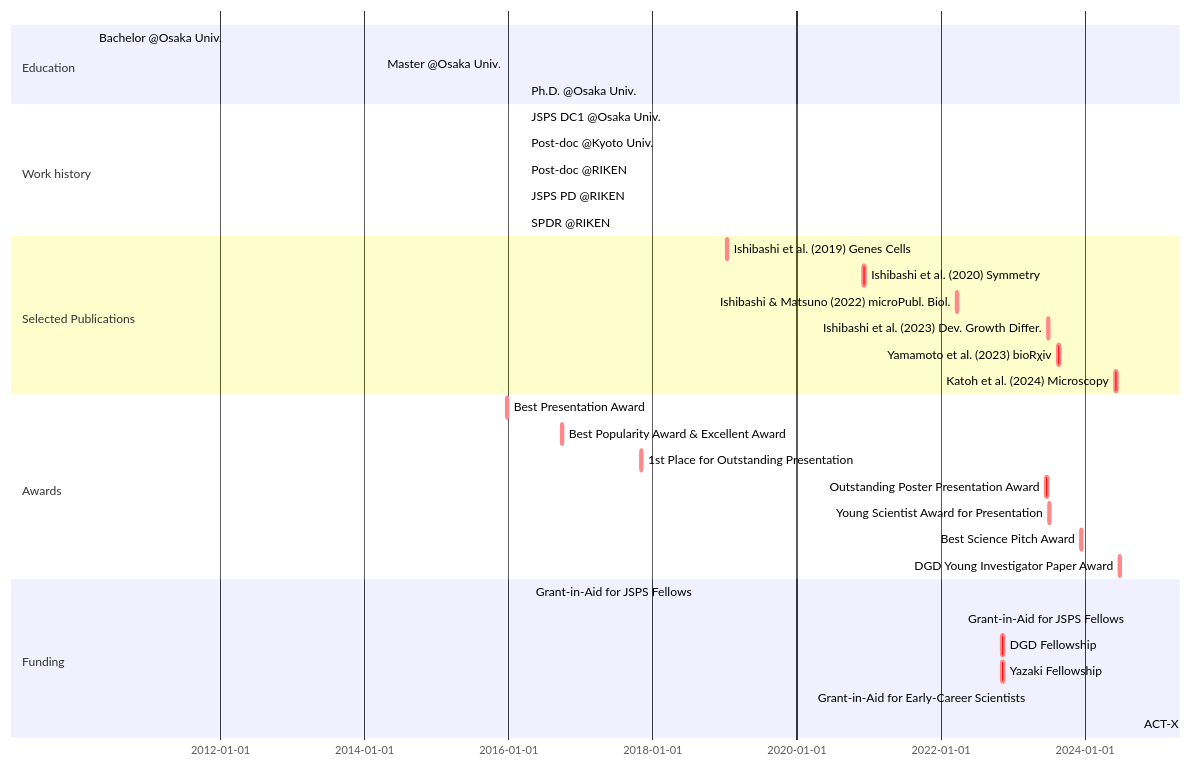
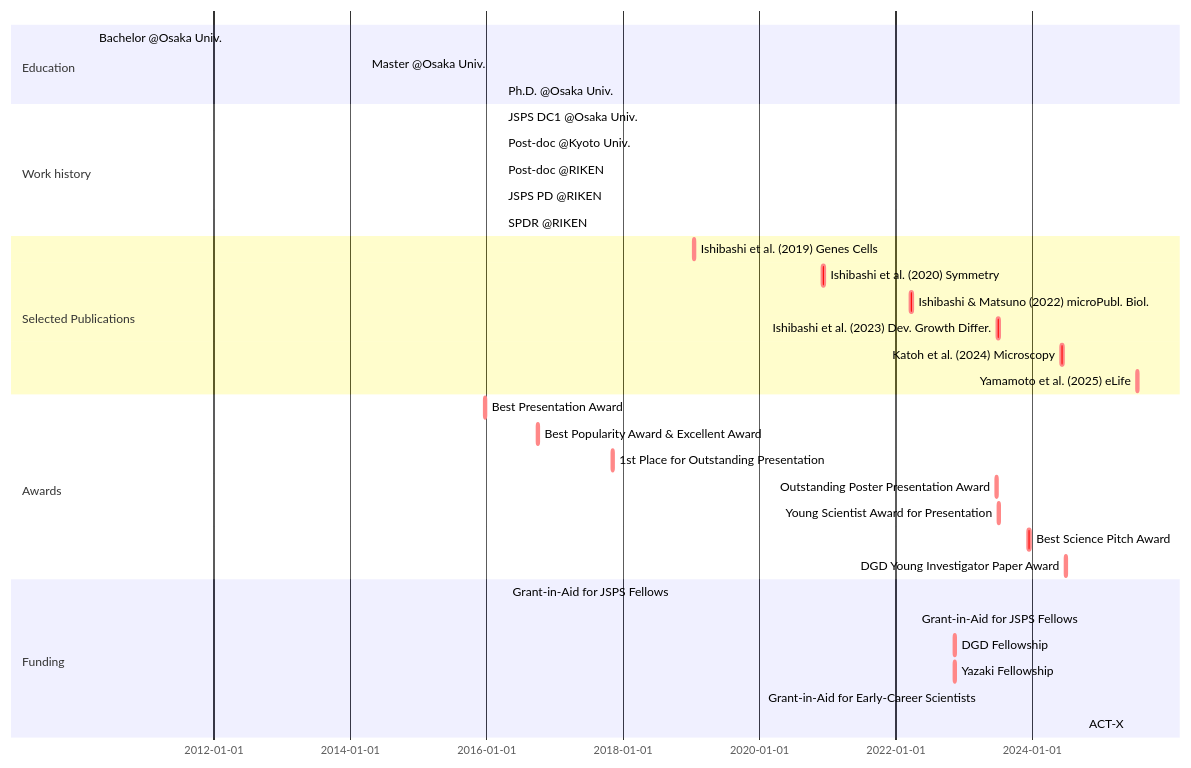
One commit to ishibaki/ishibaki.github.io changed the diagram in _pages/mermaid.md. Above: the diagram before and after it, drawn with Mermaid.

````diff
--- a/_pages/mermaid.md
+++ b/_pages/mermaid.md
@@ -10,35 +10,35 @@
 ```mermaid
 gantt
 section Education
   Bachelor @Osaka Univ. : BS, 2010-04-01, 2014-03-25
   Master @Osaka Univ.   : MS, 2014-04-01, 2016-03-28
   Ph.D. @Osaka Univ.    : Ph.D., 2016-04-01, 2019-03-25
 section Work history
   JSPS DC1 @Osaka Univ.     : done, DC1, 2016-04-01, 2019-03-31
   Post-doc @Kyoto Univ.     : done, KU-postdoc, after DC1, 2021-04-30
   Post-doc @RIKEN           : done, RIKEN-postdoc, after KU-postdoc, 2022-03-31
   JSPS PD @RIKEN            : done, PD, after RIKEN-postdoc, 2023-03-31
   SPDR @RIKEN               : active, SPDR, after PD, 2026-03-31
 section Selected Publications
   Ishibashi et al. (2019) Genes Cells         : crit, ishibashi2019, 2019-01-09, 2w
   Ishibashi et al. (2020) Symmetry            : crit, ishibashi2020b, 2020-12-02, 2w
   Ishibashi & Matsuno (2022) microPubl. Biol. : crit, ishibashi2022, 2022-03-18, 2w
   Ishibashi et al. (2023) Dev. Growth Differ. : crit, ishibashi2023, 2023-06-25, 2w
-  Yamamoto et al. (2023) bioRχiv              : crit, yamamoto2023, 2023-08-16, 2w
   Katoh et al. (2024) Microscopy              : crit, katoh2024, 2024-06-01, 2w
+  Yamamoto et al. (2025) eLife                : crit, yamamoto2025, 2025-07-08, 2w
 section Awards
   Best Presentation Award                  : crit, aw_1, 2015-12-20, 2w
   Best Popularity Award & Excellent Award  : crit, aw_2, 2016-09-25, 2w
   1st Place for Outstanding Presentation   : crit, aw_4, 2017-11-01, 2w
   Outstanding Poster Presentation Award    : crit, aw_5, 2023-06-15, 2w
   Young Scientist Award for Presentation   : crit, aw_6, 2023-06-29, 2w
   Best Science Pitch Award                 : crit, aw_7, 2023-12-08, 2w
   DGD Young Investigator Paper Award       : crit, aw_8, 2024-06-21, 2w
 section Funding
   Grant-in-Aid for JSPS Fellows             : done, grant_DC1, 2016-04-22, 2019-03-31
   Grant-in-Aid for JSPS Fellows             : active, grant_PD, 2022-04-22, 2025-03-31
   DGD Fellowship                            : crit, dgd_fellowship, 2022-11-04, 2w
   Yazaki Fellowship                         : crit, yazaki_fellowship, 2022-11-04, 2w
   Grant-in-Aid for Early-Career Scientists  : active, grant_ecs2023, 2023-04-01, 2026-03-31
   ACT-X                                     : active, ACT-X2024, 2024-10-01, 2027-03-31
 ```
````
